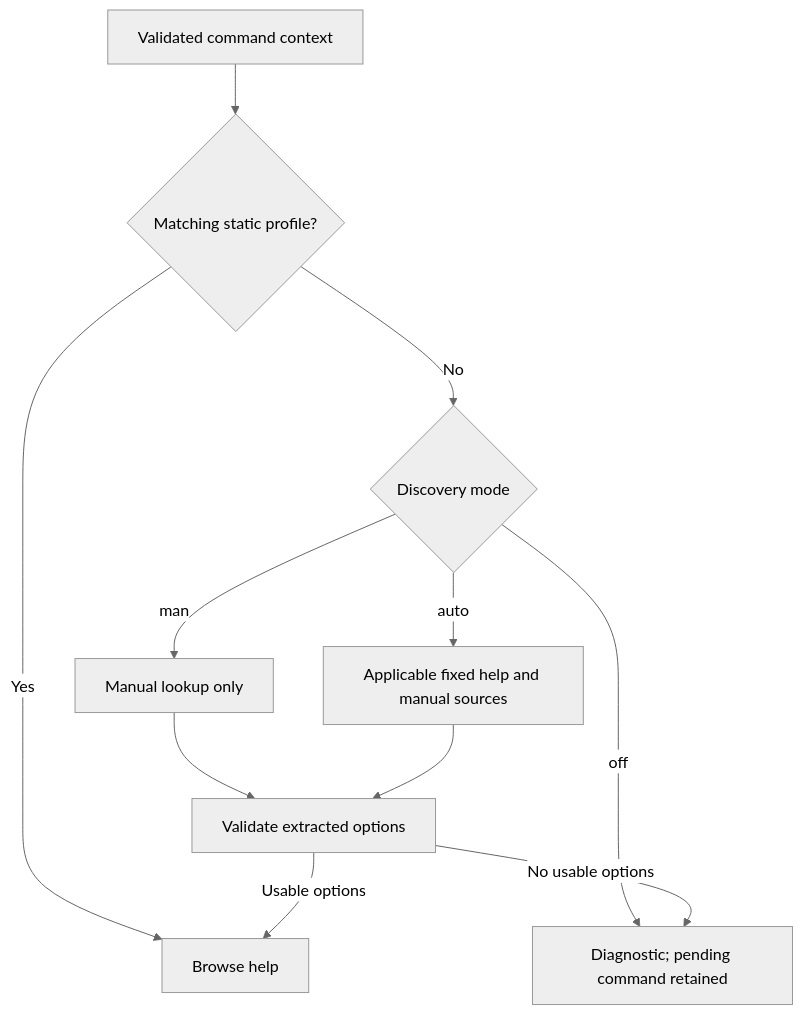
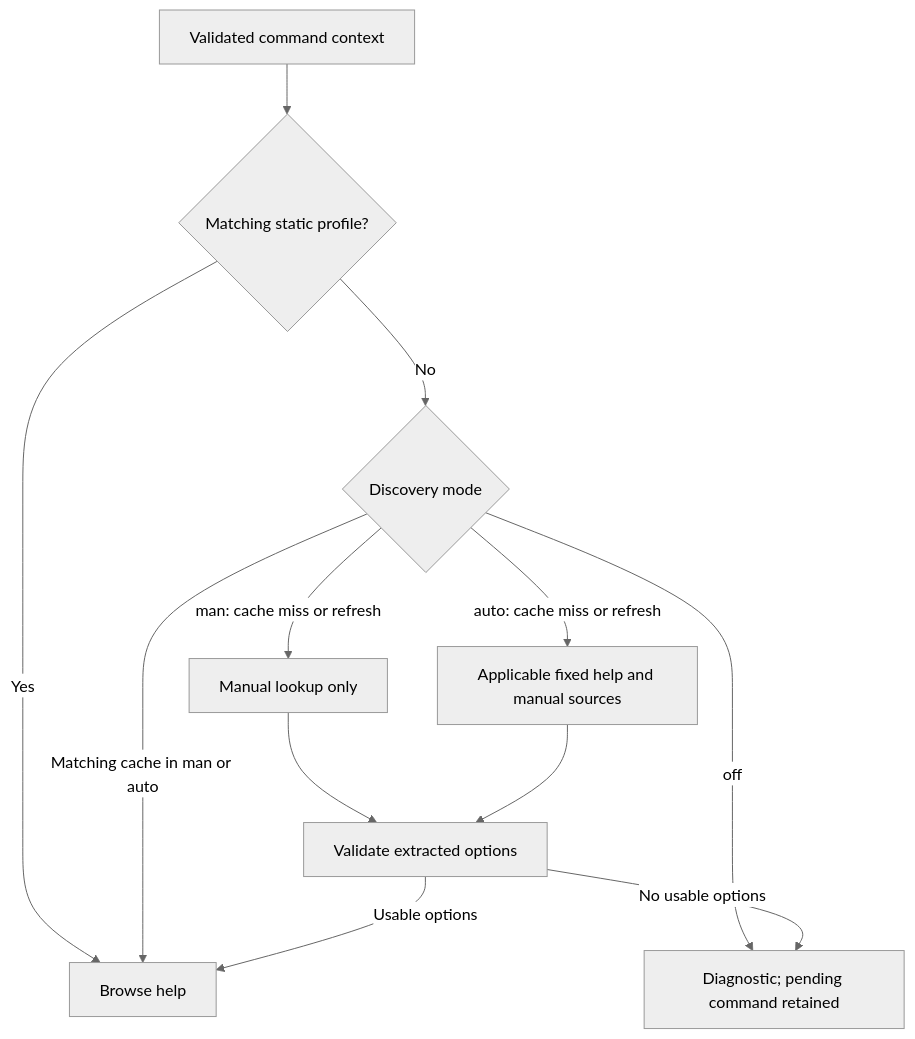
The diagram in docs/discovery-and-safety.md (Usrnmna/CLI-InteractiveHelpMenu), drawn with Mermaid (neutral theme) before and after one commit. The commit also changed other lines of this file and 58 other files, not shown here.

````diff
--- a/docs/discovery-and-safety.md
+++ b/docs/discovery-and-safety.md
@@ -9,13 +9,14 @@
 ```mermaid
 flowchart TD
     C[Validated command context] --> P{Matching static profile?}
     P -->|Yes| B[Browse help]
     P -->|No| M{Discovery mode}
     M -->|off| E[Diagnostic; pending command retained]
-    M -->|man| A[Manual lookup only]
-    M -->|auto| H[Applicable fixed help and manual sources]
+    M -->|Matching cache in man or auto| B
+    M -->|man: cache miss or refresh| A[Manual lookup only]
+    M -->|auto: cache miss or refresh| H[Applicable fixed help and manual sources]
     A --> V[Validate extracted options]
     H --> V
     V -->|Usable options| B
     V -->|No usable options| E
 ```
````
